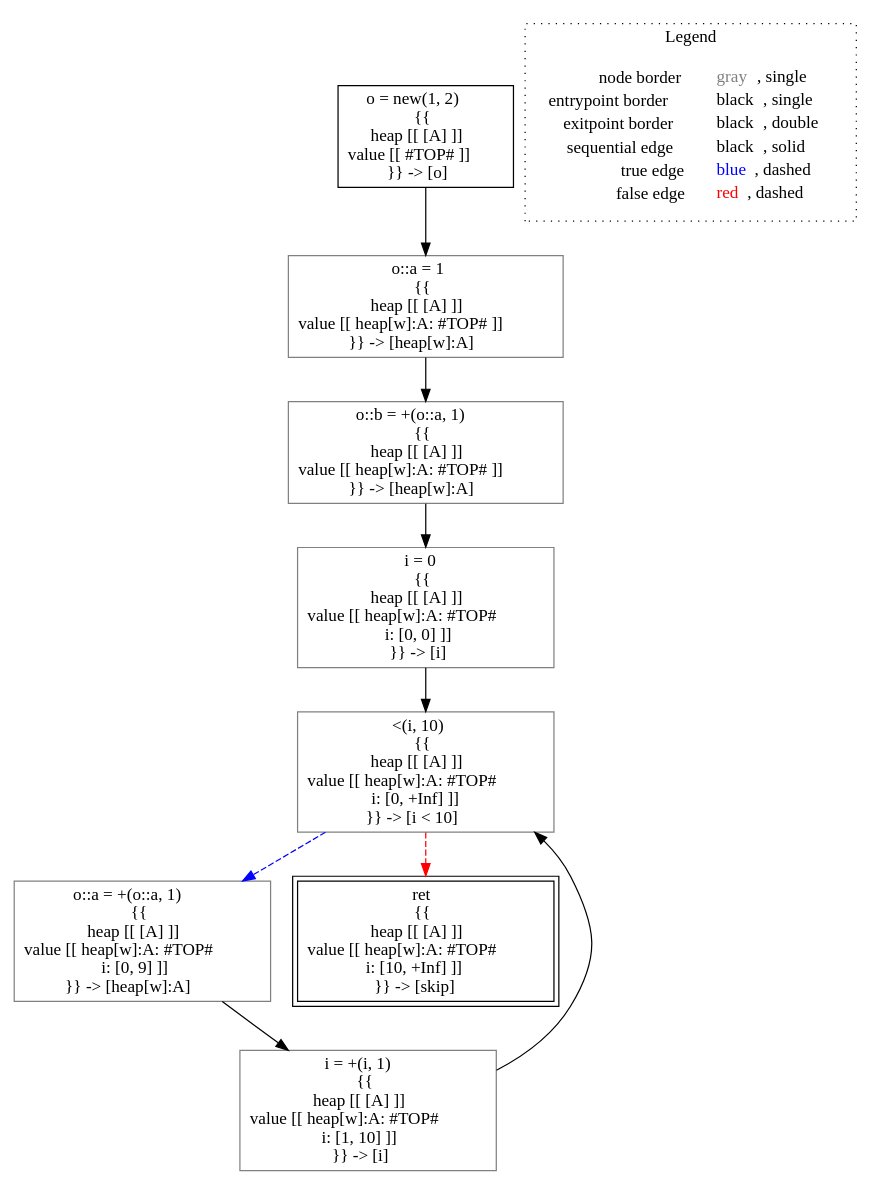
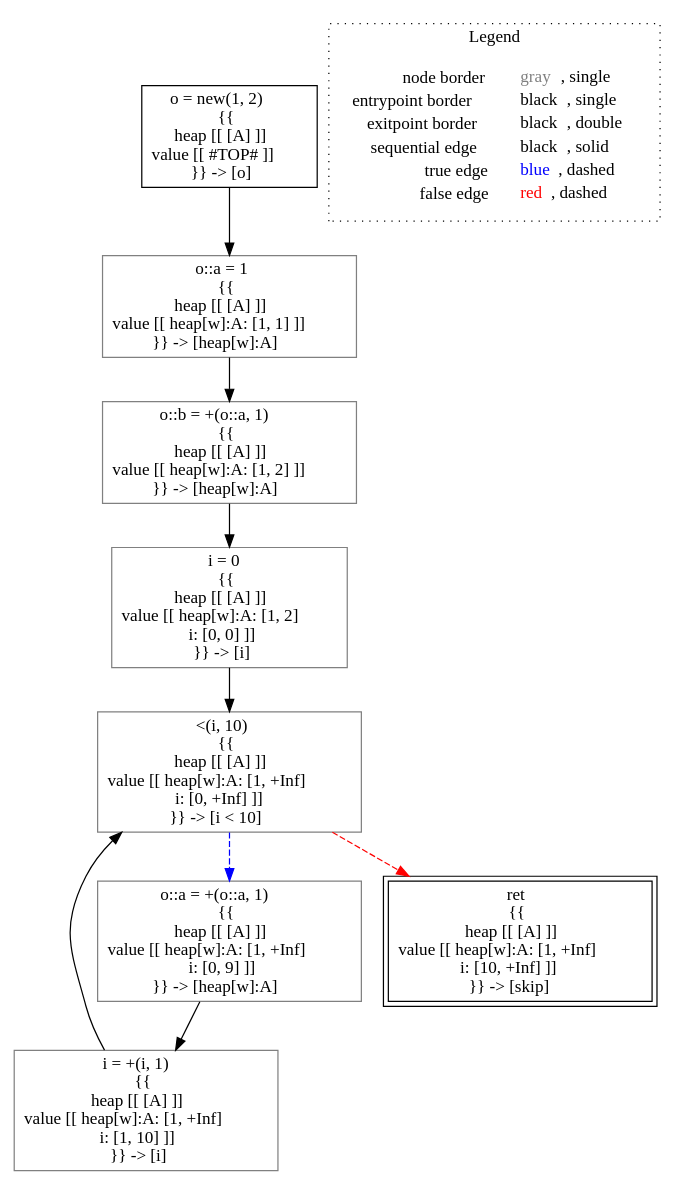
Before and after one commit to lisa-analyzer/lisa: the diagram in lisa/imp-testcases/heap/type-based-heap/analysis___untyped_A.f2(A_this).dot, drawn with Graphviz. The commit also changed 29 other files, not shown here.

```diff
--- a/lisa/imp-testcases/heap/type-based-heap/analysis___untyped_A.f2(A_this).dot
+++ b/lisa/imp-testcases/heap/type-based-heap/analysis___untyped_A.f2(A_this).dot
@@ -1,25 +1,25 @@
 digraph {
 	"node0" [shape="rect",color="black",label=<o = new(1, 2)<BR/>{{<BR/>heap [[ [A] ]]<BR/>value [[ #TOP# ]]<BR/>}} -&gt; [o]>];
-	"node1" [shape="rect",color="gray",label=<o::a = +(o::a, 1)<BR/>{{<BR/>heap [[ [A] ]]<BR/>value [[ heap[w]:A: #TOP#<BR/>i: [0, 9] ]]<BR/>}} -&gt; [heap[w]:A]>];
-	"node2" [shape="rect",color="gray",label=<o::a = 1<BR/>{{<BR/>heap [[ [A] ]]<BR/>value [[ heap[w]:A: #TOP# ]]<BR/>}} -&gt; [heap[w]:A]>];
-	"node3" [shape="rect",color="gray",label=<&lt;(i, 10)<BR/>{{<BR/>heap [[ [A] ]]<BR/>value [[ heap[w]:A: #TOP#<BR/>i: [0, +Inf] ]]<BR/>}} -&gt; [i &lt; 10]>];
-	"node4" [shape="rect",color="black",peripheries="2",label=<ret<BR/>{{<BR/>heap [[ [A] ]]<BR/>value [[ heap[w]:A: #TOP#<BR/>i: [10, +Inf] ]]<BR/>}} -&gt; [skip]>];
-	"node5" [shape="rect",color="gray",label=<o::b = +(o::a, 1)<BR/>{{<BR/>heap [[ [A] ]]<BR/>value [[ heap[w]:A: #TOP# ]]<BR/>}} -&gt; [heap[w]:A]>];
-	"node6" [shape="rect",color="gray",label=<i = 0<BR/>{{<BR/>heap [[ [A] ]]<BR/>value [[ heap[w]:A: #TOP#<BR/>i: [0, 0] ]]<BR/>}} -&gt; [i]>];
-	"node7" [shape="rect",color="gray",label=<i = +(i, 1)<BR/>{{<BR/>heap [[ [A] ]]<BR/>value [[ heap[w]:A: #TOP#<BR/>i: [1, 10] ]]<BR/>}} -&gt; [i]>];
-	"node1" -> "node7" [color="black"];
-	"node2" -> "node5" [color="black"];
-	"node3" -> "node1" [color="blue",style="dashed"];
-	"node3" -> "node4" [color="red",style="dashed"];
+	"node1" [shape="rect",color="gray",label=<i = +(i, 1)<BR/>{{<BR/>heap [[ [A] ]]<BR/>value [[ heap[w]:A: [1, +Inf]<BR/>i: [1, 10] ]]<BR/>}} -&gt; [i]>];
+	"node2" [shape="rect",color="gray",label=<o::a = 1<BR/>{{<BR/>heap [[ [A] ]]<BR/>value [[ heap[w]:A: [1, 1] ]]<BR/>}} -&gt; [heap[w]:A]>];
+	"node3" [shape="rect",color="gray",label=<i = 0<BR/>{{<BR/>heap [[ [A] ]]<BR/>value [[ heap[w]:A: [1, 2]<BR/>i: [0, 0] ]]<BR/>}} -&gt; [i]>];
+	"node4" [shape="rect",color="gray",label=<o::b = +(o::a, 1)<BR/>{{<BR/>heap [[ [A] ]]<BR/>value [[ heap[w]:A: [1, 2] ]]<BR/>}} -&gt; [heap[w]:A]>];
+	"node5" [shape="rect",color="gray",label=<&lt;(i, 10)<BR/>{{<BR/>heap [[ [A] ]]<BR/>value [[ heap[w]:A: [1, +Inf]<BR/>i: [0, +Inf] ]]<BR/>}} -&gt; [i &lt; 10]>];
+	"node6" [shape="rect",color="gray",label=<o::a = +(o::a, 1)<BR/>{{<BR/>heap [[ [A] ]]<BR/>value [[ heap[w]:A: [1, +Inf]<BR/>i: [0, 9] ]]<BR/>}} -&gt; [heap[w]:A]>];
+	"node7" [shape="rect",color="black",peripheries="2",label=<ret<BR/>{{<BR/>heap [[ [A] ]]<BR/>value [[ heap[w]:A: [1, +Inf]<BR/>i: [10, +Inf] ]]<BR/>}} -&gt; [skip]>];
+	"node1" -> "node5" [color="black"];
+	"node2" -> "node4" [color="black"];
+	"node3" -> "node5" [color="black"];
+	"node4" -> "node3" [color="black"];
 	"node0" -> "node2" [color="black"];
-	"node5" -> "node6" [color="black"];
-	"node6" -> "node3" [color="black"];
-	"node7" -> "node3" [color="black"];
+	"node5" -> "node6" [color="blue",style="dashed"];
+	"node5" -> "node7" [color="red",style="dashed"];
+	"node6" -> "node1" [color="black"];
 subgraph cluster_legend {
 	label="Legend";
 	style=dotted;
 	node [shape=plaintext];
 	"legend" [label=<<table border="0" cellpadding="2" cellspacing="0" cellborder="0"><tr><td align="right">node border&nbsp;</td><td align="left"><font color="gray">gray</font>, single</td></tr><tr><td align="right">entrypoint border&nbsp;</td><td align="left"><font color="black">black</font>, single</td></tr><tr><td align="right">exitpoint border&nbsp;</td><td align="left"><font color="black">black</font>, double</td></tr><tr><td align="right">sequential edge&nbsp;</td><td align="left"><font color="black">black</font>, solid</td></tr><tr><td align="right">true edge&nbsp;</td><td align="left"><font color="blue">blue</font>, dashed</td></tr><tr><td align="right">false edge&nbsp;</td><td align="left"><font color="red">red</font>, dashed</td></tr></table>>];
 }
 
 }
```
